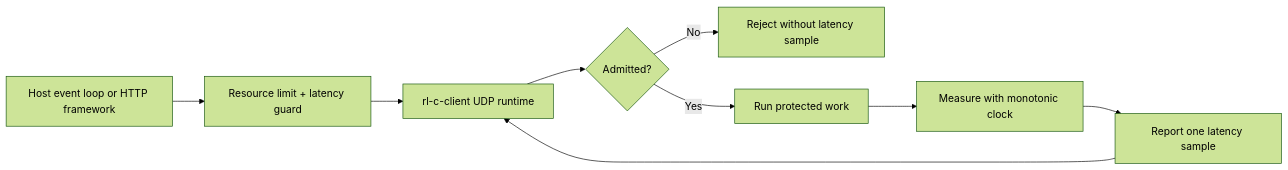
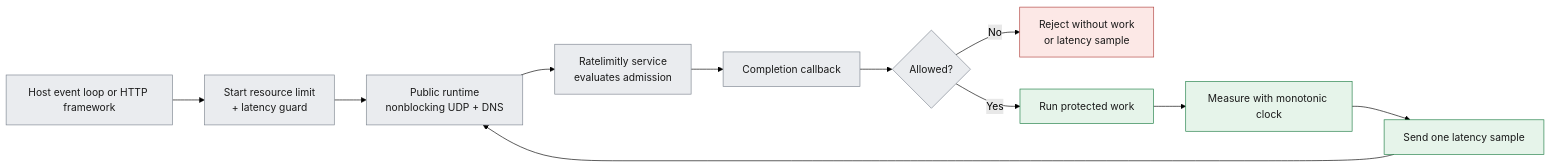
The first of 2 diagrams in examples/README.md (ratelimitly-com/rl-c-client), drawn with Mermaid (forest theme) before and after one commit. The commit also changed other lines of this file, not shown here.

````diff
--- a/examples/README.md
+++ b/examples/README.md
@@ -10,11 +23,17 @@
 ```mermaid
 flowchart LR
-    Host["Host event loop or HTTP framework"] --> Admission["Resource limit + latency guard"]
-    Admission --> Runtime["rl-c-client UDP runtime"]
-    Runtime --> Decision{"Admitted?"}
-    Decision -->|No| Reject["Reject without latency sample"]
-    Decision -->|Yes| Work["Run protected work"]
-    Work --> Measure["Measure with monotonic clock"]
-    Measure --> Report["Report one latency sample"]
+    Host["Host event loop or HTTP framework"]:::neutral --> Admission["Start resource limit<br/>+ latency guard"]:::neutral
+    Admission --> Runtime["Public runtime<br/>nonblocking UDP + DNS"]:::neutral
+    Runtime --> Service["Ratelimitly service<br/>evaluates admission"]:::neutral
+    Service --> Callback["Completion callback"]:::neutral
+    Callback --> Decision{"Allowed?"}:::neutral
+    Decision -->|No| Reject["Reject without work<br/>or latency sample"]:::danger
+    Decision -->|Yes| Work["Run protected work"]:::success
+    Work --> Measure["Measure with monotonic clock"]:::success
+    Measure --> Report["Send one latency sample"]:::success
     Report --> Runtime
+
+    classDef neutral fill:#EAECEF,stroke:#7D8590,color:#1A1A1A;
+    classDef danger fill:#FCE8E6,stroke:#B0413E,color:#1A1A1A;
+    classDef success fill:#E6F4EA,stroke:#1E7E45,color:#1A1A1A;
 ```
````
